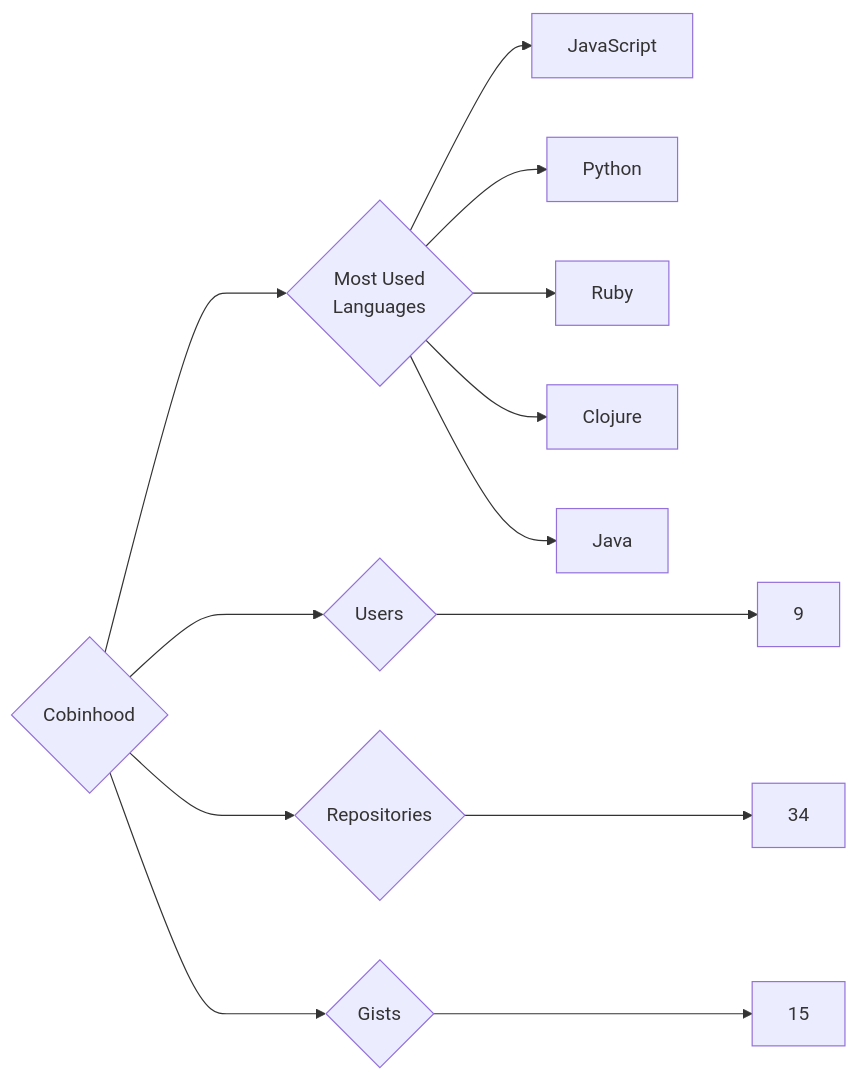
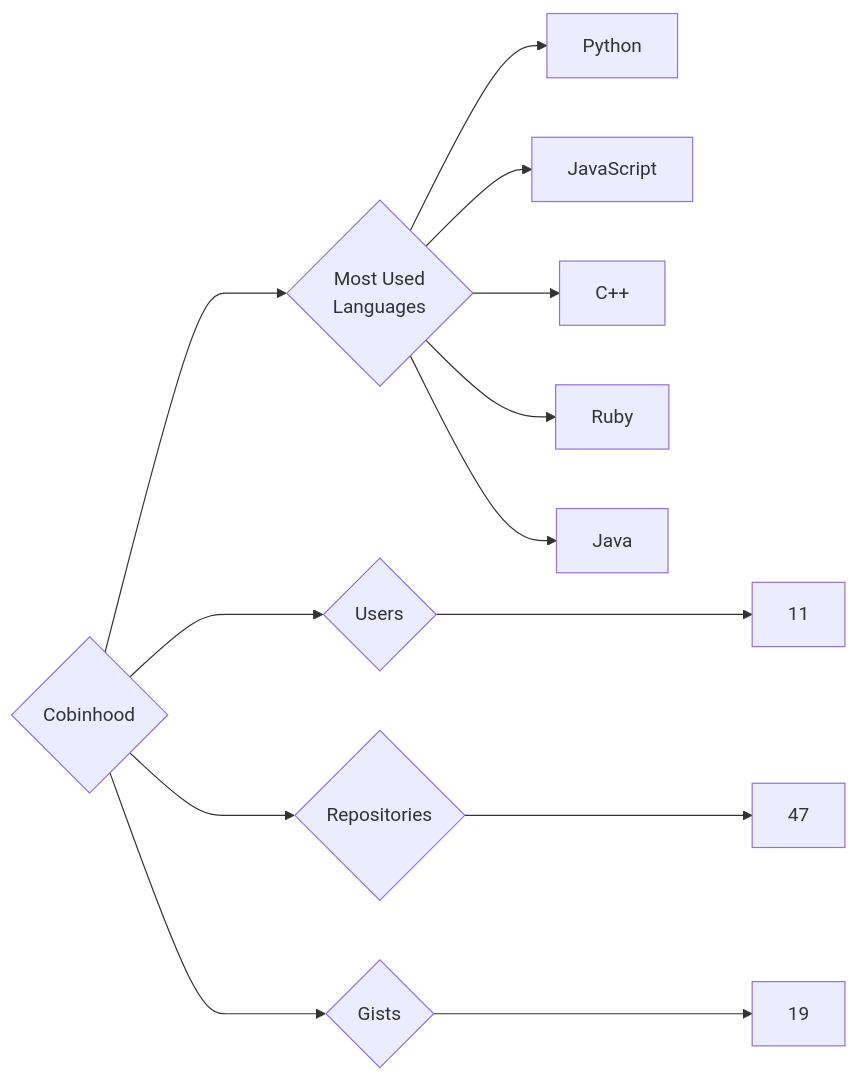
Before and after one commit to trickest/insiders: the diagram in targets/Cobinhood/README.md, drawn with Mermaid. The commit also changed 1166 other files, not shown here.

````diff
--- a/targets/Cobinhood/README.md
+++ b/targets/Cobinhood/README.md
@@ -3,13 +3,13 @@
 ```mermaid
 graph LR
 COMPANY_NAME{Cobinhood}
-COMPANY_NAME ---> U{Users} ---> UN[9]
-COMPANY_NAME ---> R{Repositories} ---> RN[34]
-COMPANY_NAME ---> G{Gists} ---> GN[15]
+COMPANY_NAME ---> U{Users} ---> UN[11]
+COMPANY_NAME ---> R{Repositories} ---> RN[47]
+COMPANY_NAME ---> G{Gists} ---> GN[19]
 COMPANY_NAME ---> ML{Most Used<br>Languages}
+ML --> Python[Python]
 ML --> JavaScript[JavaScript]
-ML --> Python[Python]
+ML --> C++[C++]
 ML --> Ruby[Ruby]
-ML --> Clojure[Clojure]
 ML --> Java[Java]
 ```
````
